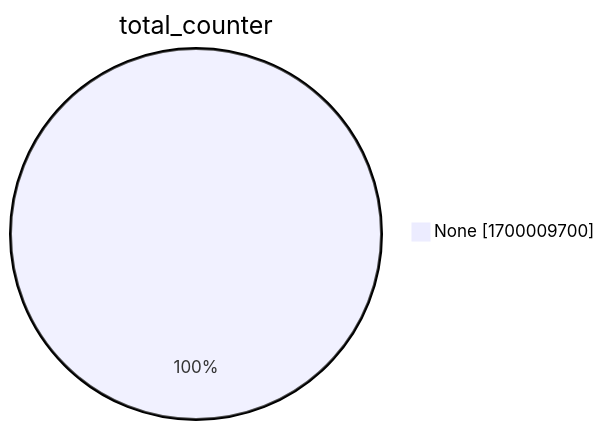
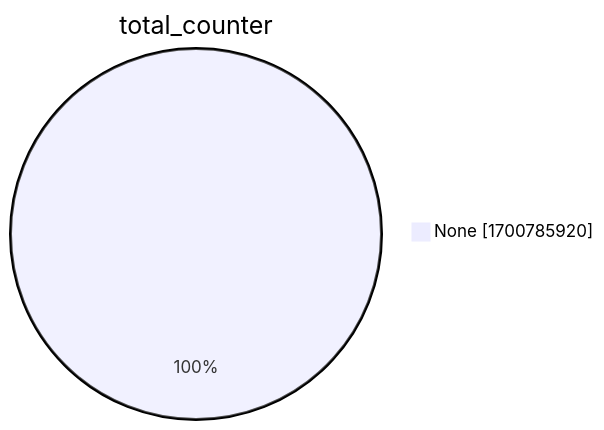
One commit to christiankrug/ctmonitor_visualization changed the second of 15 diagrams in xenon2022/README.md. Above: the diagram before and after it, drawn with Mermaid. The commit also changed other lines of this file, not shown here.

````diff
--- a/xenon2022/README.md
+++ b/xenon2022/README.md
@@ -9,5 +9,5 @@
 ```mermaid
 pie showData
 title total_counter
-"None" :1700009700
+"None" :1700785920
 ```
````
